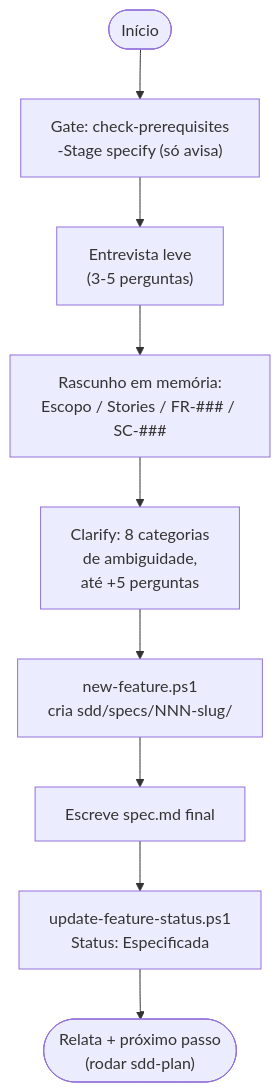
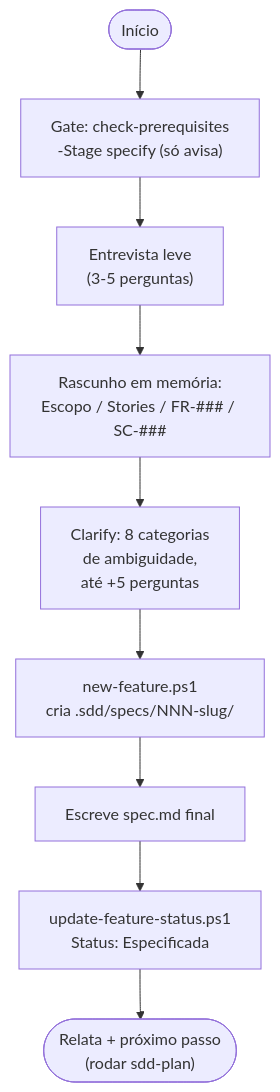
Before and after one commit to johnosd/living-recommender: the fourth of 8 diagrams in .planning/README.md, drawn with Mermaid. The commit also changed other lines of this file and 110 other files, not shown here.

````diff
--- a/.planning/README.md
+++ b/.planning/README.md
@@ -211,11 +222,11 @@
 ```mermaid
 flowchart TD
     A([Início]) --> B["Gate: check-prerequisites\n-Stage specify (só avisa)"]
     B --> C["Entrevista leve\n(3-5 perguntas)"]
     C --> D["Rascunho em memória:\nEscopo / Stories / FR-### / SC-###"]
     D --> E["Clarify: 8 categorias\nde ambiguidade,\naté +5 perguntas"]
-    E --> F["new-feature.ps1\ncria sdd/specs/NNN-slug/"]
+    E --> F["new-feature.ps1\ncria .sdd/specs/NNN-slug/"]
     F --> G["Escreve spec.md final"]
     G --> H["update-feature-status.ps1\nStatus: Especificada"]
     H --> I(["Relata + próximo passo\n(rodar sdd-plan)"])
 ```
````
